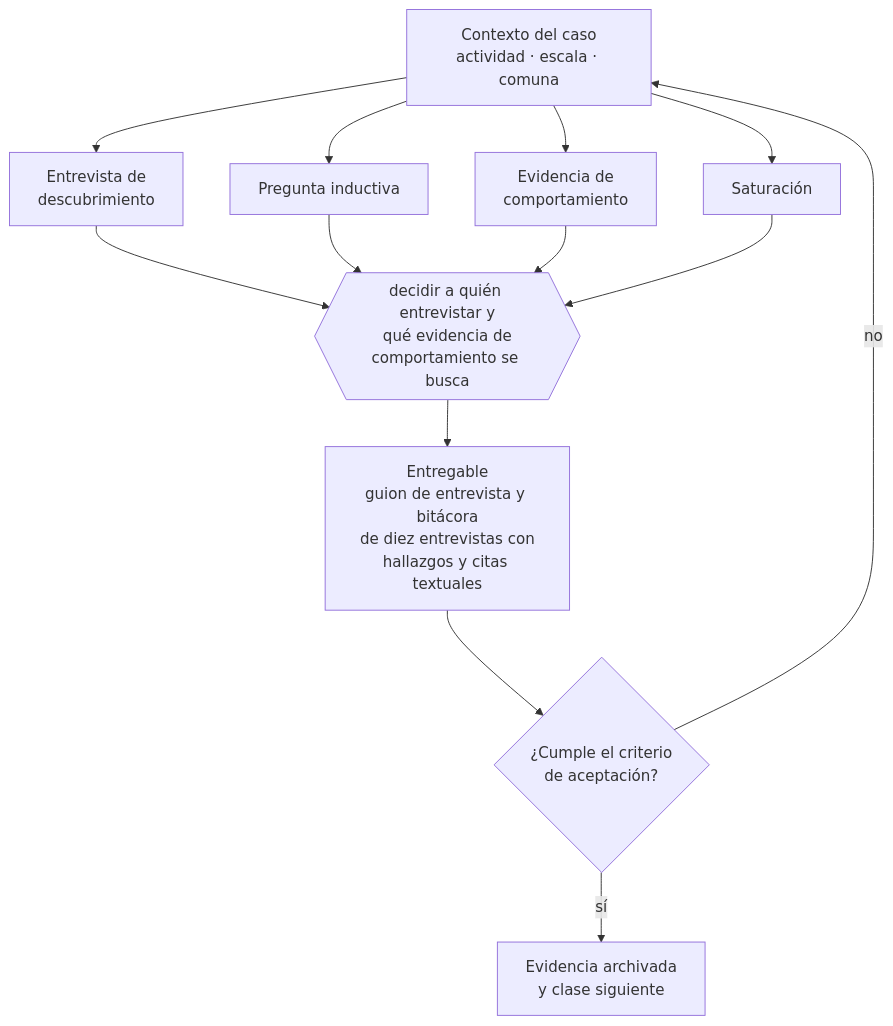
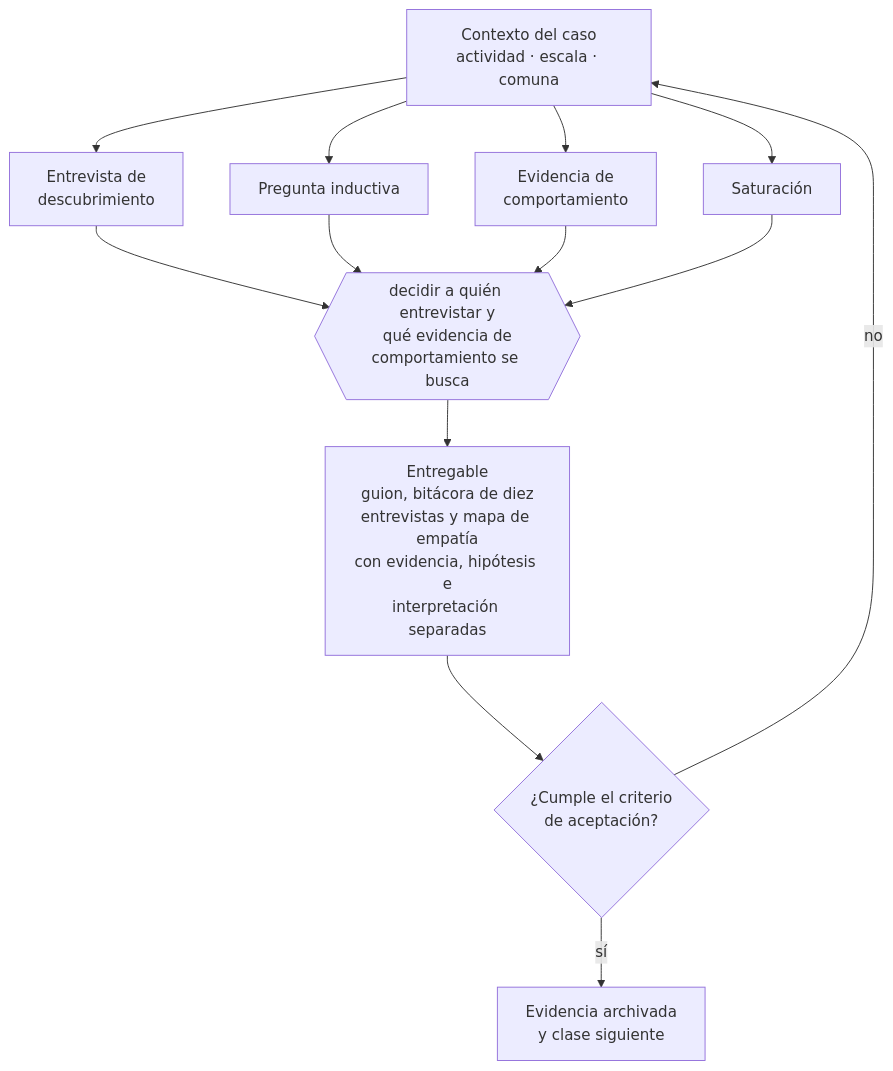
Before and after one commit to vladimiracunadev-create/modern-business-creation-program: the diagram in curriculum/part-02-descubrimiento-validacion-y-mercado/class-03-entrevistas-de-descubrimiento-sin-sesgos/README.md, drawn with Mermaid. The commit also changed other lines of this file and 48 other files, not shown here.

````diff
--- a/curriculum/part-02-descubrimiento-validacion-y-mercado/class-03-entrevistas-de-descubrimiento-sin-sesgos/README.md
+++ b/curriculum/part-02-descubrimiento-validacion-y-mercado/class-03-entrevistas-de-descubrimiento-sin-sesgos/README.md
@@ -34,13 +34,13 @@
 ```mermaid
 flowchart TB
     C["Contexto del caso<br/>actividad · escala · comuna"]
     C --> A1["Entrevista de<br/>descubrimiento"]
     C --> A2["Pregunta inductiva"]
     C --> A3["Evidencia de<br/>comportamiento"]
     C --> A4["Saturación"]
     A1 & A2 & A3 & A4 --> D{{"decidir a quién entrevistar y<br/>qué evidencia de<br/>comportamiento se busca"}}
-    D --> E["Entregable<br/>guion de entrevista y bitácora<br/>de diez entrevistas con<br/>hallazgos y citas textuales"]
+    D --> E["Entregable<br/>guion, bitácora de diez<br/>entrevistas y mapa de empatía<br/>con evidencia, hipótesis e<br/>interpretación separadas"]
     E --> V{"¿Cumple el criterio<br/>de aceptación?"}
     V -->|sí| S["Evidencia archivada<br/>y clase siguiente"]
     V -->|no| C
 ```
````
